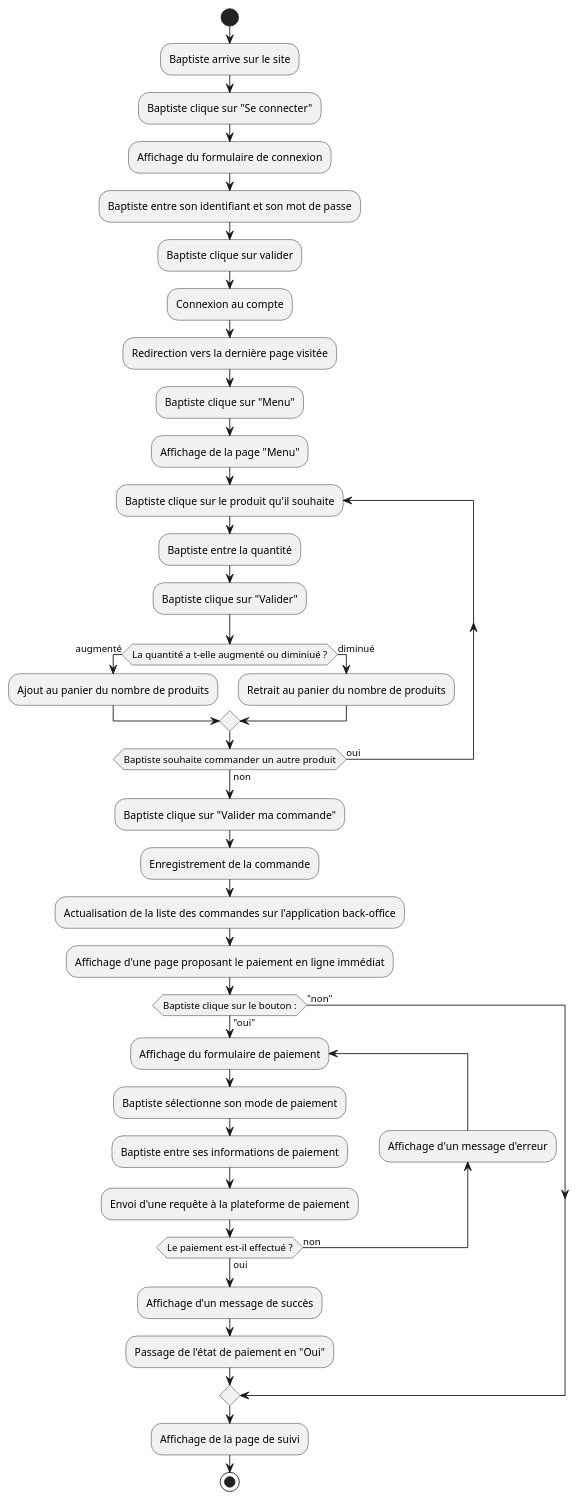
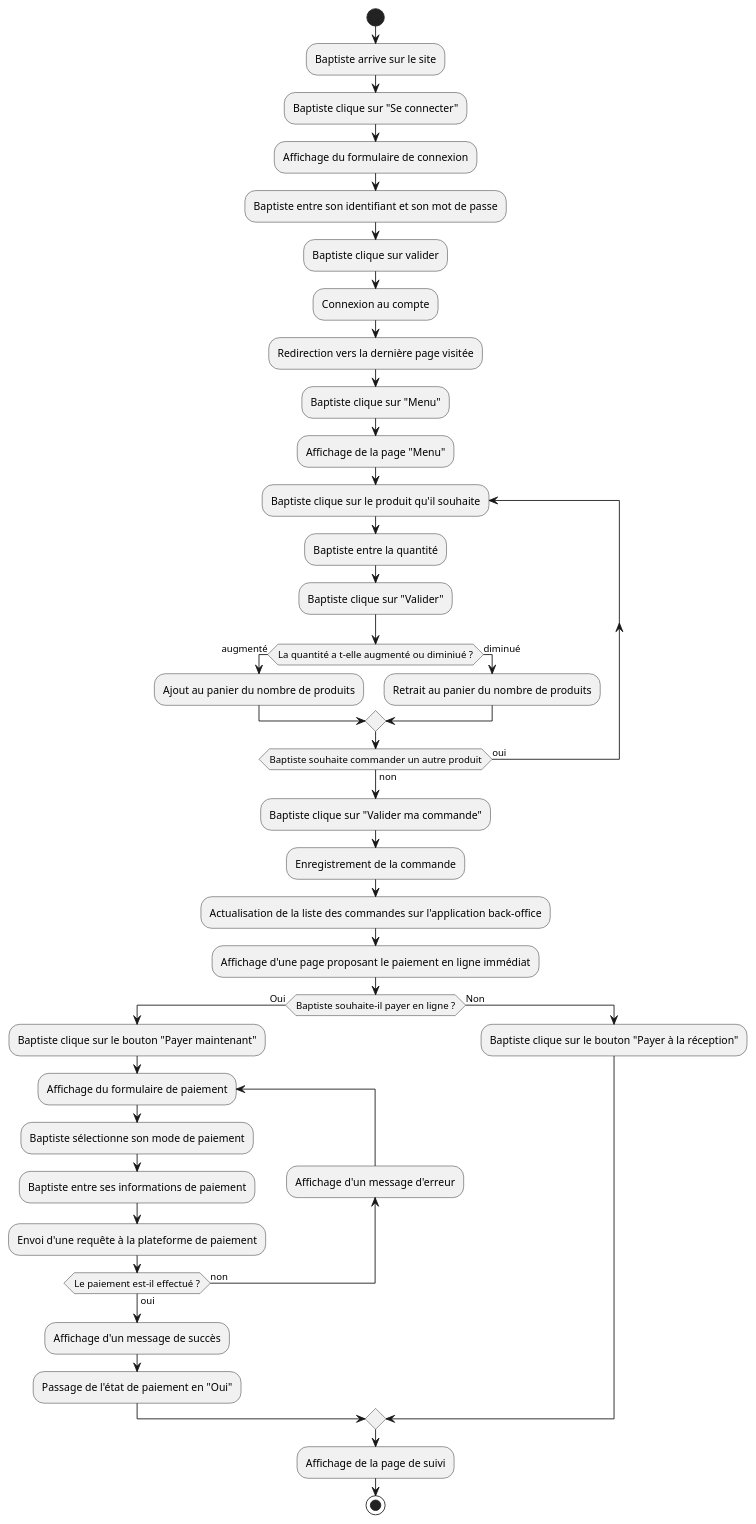
One commit to Gumpah/project_6 changed the diagram in diagrams/client_track_order.puml. Above: the diagram before and after it, drawn with PlantUML. The commit also changed 8 other files, not shown here.

Commit message:
Updating diagrams

```diff
--- a/diagrams/client_track_order.puml
+++ b/diagrams/client_track_order.puml
@@ -1,42 +1,44 @@
 @startuml
 'https://plantuml.com/activity-diagram-beta
 
 start
 :Baptiste arrive sur le site;
 :Baptiste clique sur "Se connecter";
 :Affichage du formulaire de connexion;
 :Baptiste entre son identifiant et son mot de passe;
 :Baptiste clique sur valider;
 :Connexion au compte;
 :Redirection vers la dernière page visitée;
 :Baptiste clique sur "Menu";
 :Affichage de la page "Menu";
 repeat :Baptiste clique sur le produit qu'il souhaite;
 :Baptiste entre la quantité;
 :Baptiste clique sur "Valider";
 if (La quantité a t-elle augmenté ou diminiué ?) then (augmenté)
 :Ajout au panier du nombre de produits;
 else (diminué)
 :Retrait au panier du nombre de produits;
 endif
 repeat while (Baptiste souhaite commander un autre produit) is (oui) not (non)
 :Baptiste clique sur "Valider ma commande";
 :Enregistrement de la commande;
 :Actualisation de la liste des commandes sur l'application back-office;
 :Affichage d'une page proposant le paiement en ligne immédiat;
-if (Baptiste clique sur le bouton :) then ("oui")
+if (Baptiste souhaite-il payer en ligne ?) then (Oui)
+:Baptiste clique sur le bouton "Payer maintenant";
 repeat :Affichage du formulaire de paiement;
 :Baptiste sélectionne son mode de paiement;
 :Baptiste entre ses informations de paiement;
 :Envoi d'une requête à la plateforme de paiement;
 backward:Affichage d'un message d'erreur;
 repeat while (Le paiement est-il effectué ?) is (non) not (oui)
 :Affichage d'un message de succès;
 :Passage de l'état de paiement en "Oui";
-else ("non")
+else (Non)
+:Baptiste clique sur le bouton "Payer à la réception";
 endif
 :Affichage de la page de suivi;
 
 stop
 
 @enduml
```
